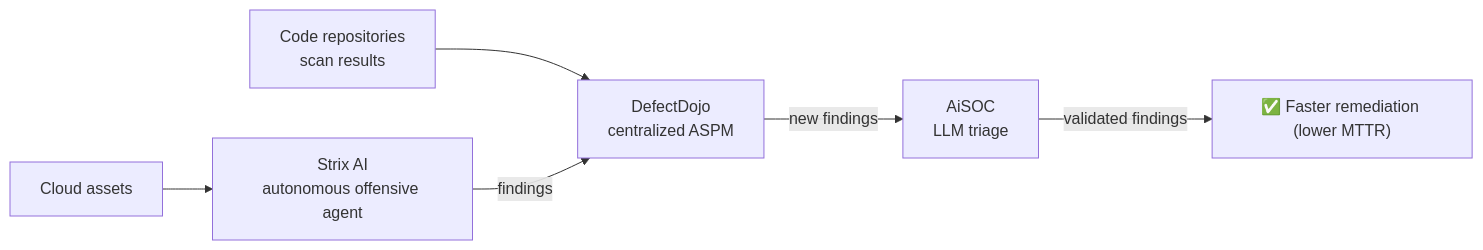
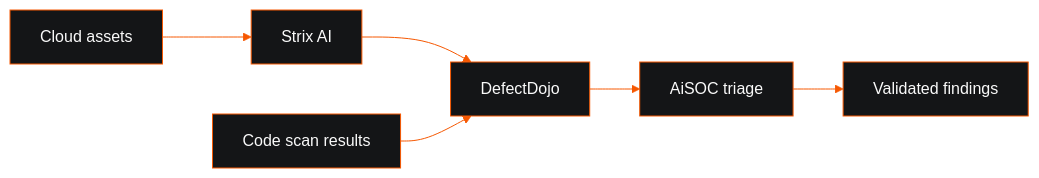
The third of 3 diagrams in README.md (TanimSec/TanimSec), drawn with Mermaid before and after one commit. The commit also changed other lines of this file and 28 other files, not shown here.

````diff
--- a/README.md
+++ b/README.md
@@ -192,8 +156,7 @@
 ```mermaid
+%%{init: {'theme':'base','themeVariables':{'primaryColor':'#141517','primaryTextColor':'#fafafa','primaryBorderColor':'#F65802','lineColor':'#F65802','edgeLabelBackground':'#0c0d0e','fontFamily':'Inter, Segoe UI, sans-serif'}}}%%
 flowchart LR
-    CA["Cloud assets"] --> STRIX["Strix AI<br/>autonomous offensive agent"]
-    SC["Code repositories<br/>scan results"] --> DD
-    STRIX -->|findings| DD["DefectDojo<br/>centralized ASPM"]
-    DD -->|new findings| AI["AiSOC<br/>LLM triage"]
-    AI -->|validated findings| T["✅ Faster remediation (lower MTTR)"]
+    CA["Cloud assets"] --> ST["Strix AI"] --> DD["DefectDojo"]
+    CR["Code scan results"] --> DD
+    DD --> AI["AiSOC triage"] --> F["Validated findings"]
 ```
````
